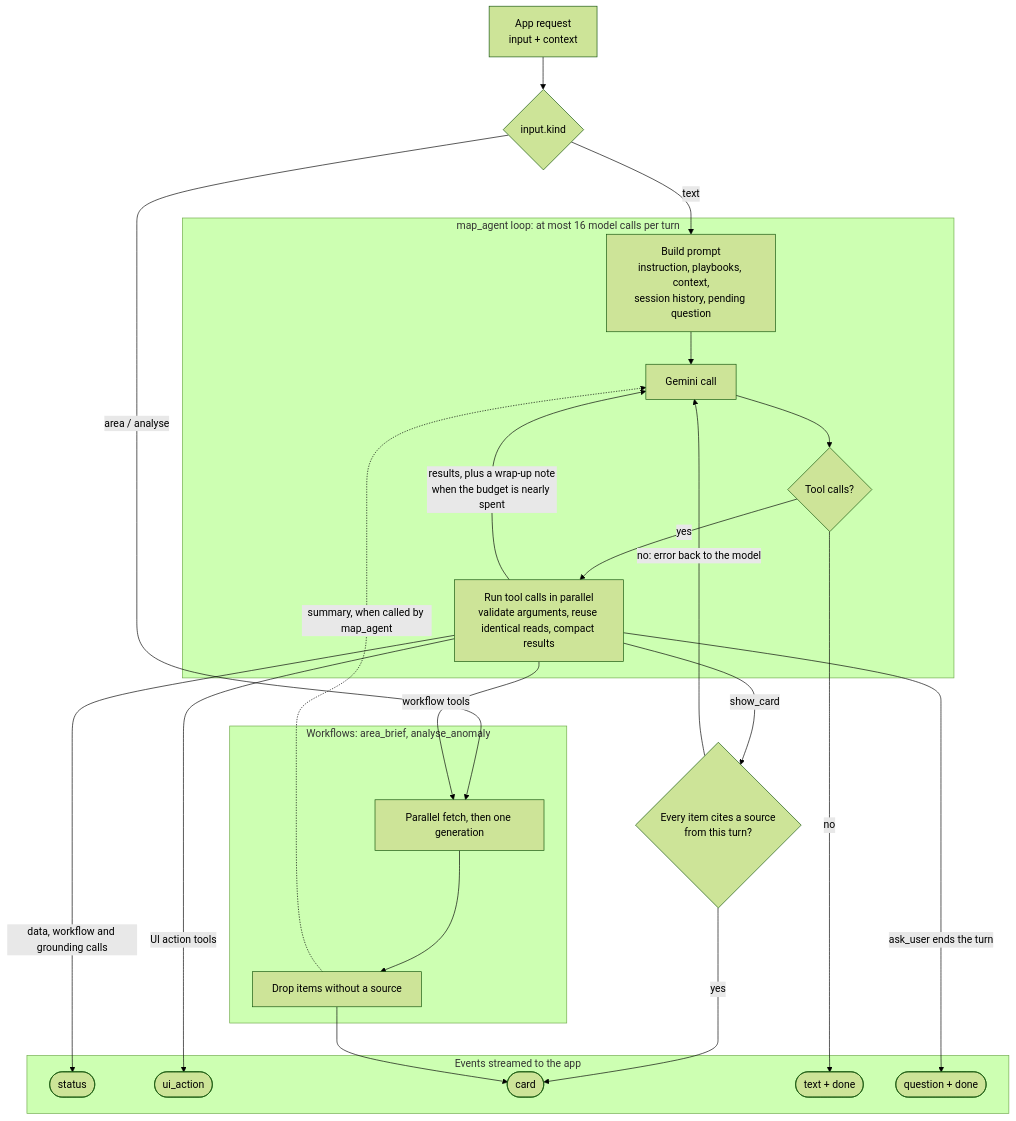
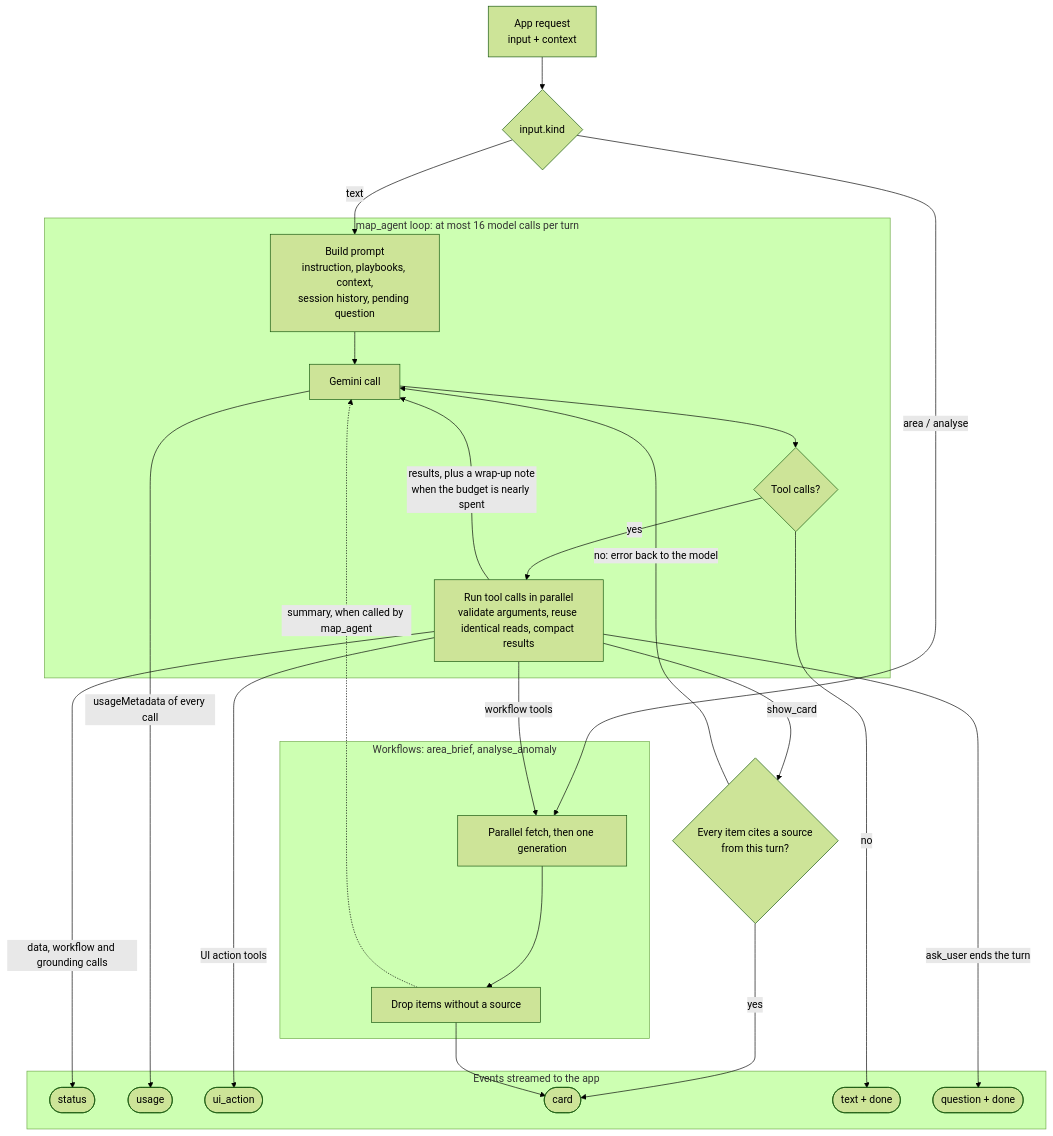
Before and after one commit to at2am/melens: the diagram in system-design/agent-design.md, drawn with Mermaid (forest theme). The commit also changed other lines of this file and 2 other files, not shown here.

First line of the commit message:
docs(agent): stream per-call token usage from the agent service

````diff
--- a/system-design/agent-design.md
+++ b/system-design/agent-design.md
@@ -51,37 +52,39 @@
 ```mermaid
 flowchart TD
   Req["App request<br/>input + context"] --> Route{"input.kind"}
   Route -- "text" --> Prompt["Build prompt<br/>instruction, playbooks, context,<br/>session history, pending question"]
   Route -- "area / analyse" --> WF
 
   subgraph LoopG["map_agent loop: at most 16 model calls per turn"]
     Prompt --> Model["Gemini call"]
     Model --> HasTools{"Tool calls?"}
     HasTools -- "yes" --> Exec["Run tool calls in parallel<br/>validate arguments, reuse identical reads, compact results"]
     Exec -- "results, plus a wrap-up note<br/>when the budget is nearly spent" --> Model
   end
 
   subgraph WFG["Workflows: area_brief, analyse_anomaly"]
     WF["Parallel fetch, then one generation"] --> Drop["Drop items without a source"]
   end
 
   Exec -- "workflow tools" --> WF
   Drop -.->|"summary, when called by map_agent"| Model
   Exec -- "show_card" --> Check{"Every item cites a source<br/>from this turn?"}
   Check -- "no: error back to the model" --> Model
 
   subgraph Out["Events streamed to the app"]
     Status(["status"])
+    UsageEv(["usage"])
     UIEv(["ui_action"])
     CardEv(["card"])
     Done(["text + done"])
     Ask(["question + done"])
   end
 
+  Model -- "usageMetadata of every call" --> UsageEv
   Exec -- "data, workflow and grounding calls" --> Status
   Exec -- "UI action tools" --> UIEv
   Check -- "yes" --> CardEv
   Drop --> CardEv
   HasTools -- "no" --> Done
   Exec -- "ask_user ends the turn" --> Ask
 ```
````
